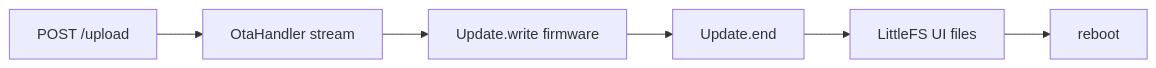
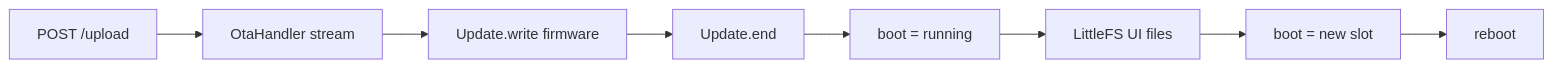
The diagram in docs/modules/ota.md (El-Vasao/AutoStartEspUnit), drawn with Mermaid before and after one commit. The commit also changed other lines of this file and 172 other files, not shown here.

````diff
--- a/docs/modules/ota.md
+++ b/docs/modules/ota.md
@@ -6,8 +6,10 @@
 ```mermaid
 flowchart LR
   Upload[POST /upload] --> Fsm[OtaHandler stream]
   Fsm --> Fw[Update.write firmware]
   Fw --> End[Update.end]
-  End --> Tail[LittleFS UI files]
-  Tail --> Reboot[reboot]
+  End --> Pin[boot = running]
+  Pin --> Tail[LittleFS UI files]
+  Tail --> Slot[boot = new slot]
+  Slot --> Reboot[reboot]
 ```
````
